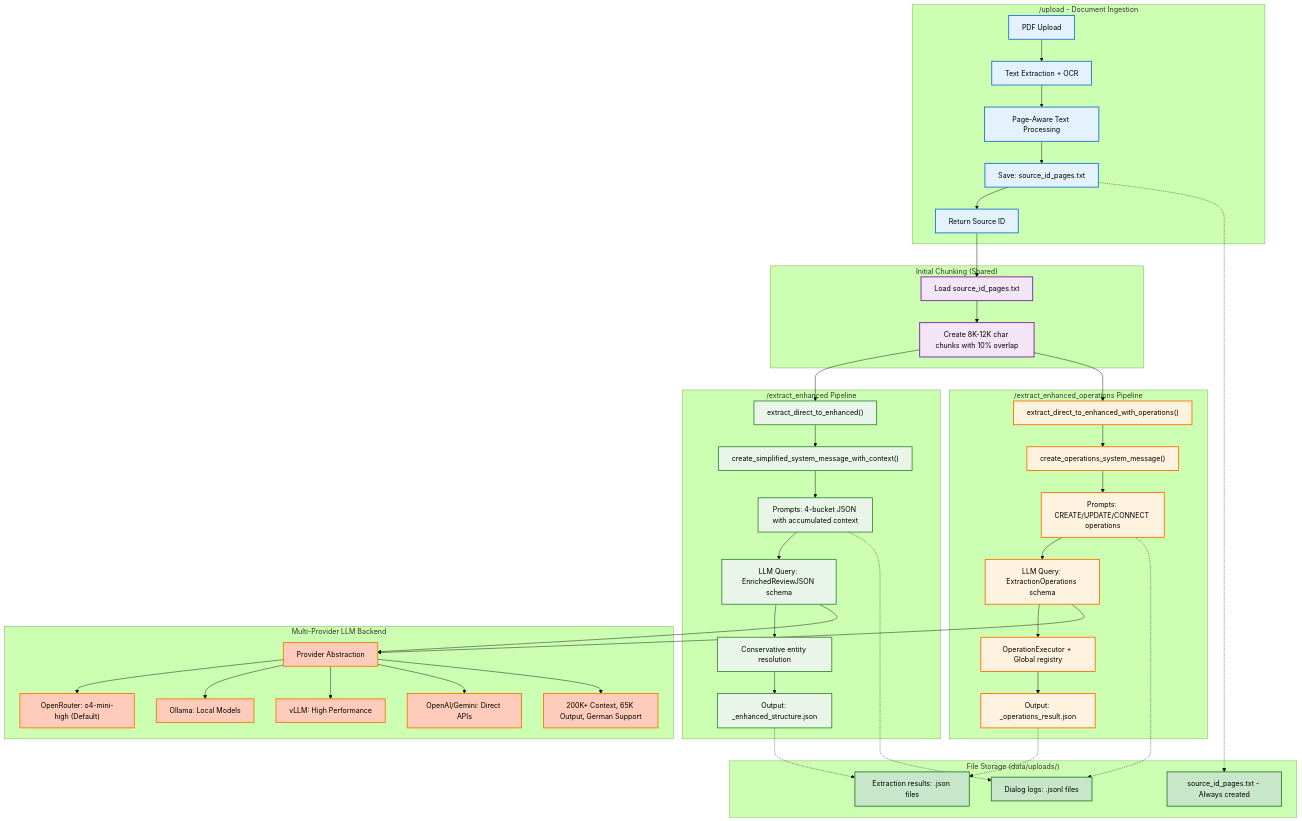
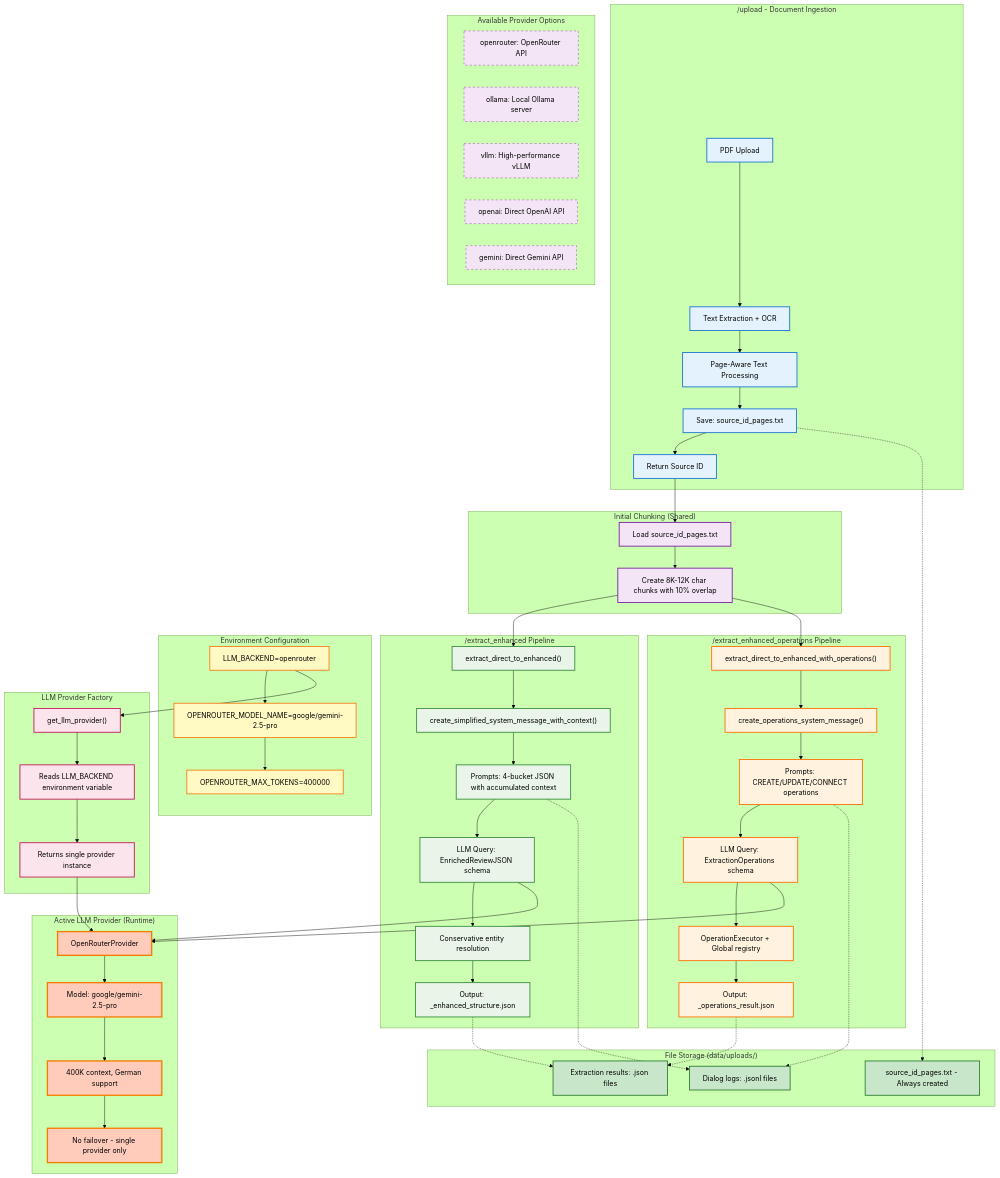
One commit to Uroljon/curate changed the diagram in docs/extraction_pipeline.mmd. Above: the diagram before and after it, drawn with Mermaid (forest theme).

Commit message:
docs: update LLM provider architecture in extraction pipeline diagram
- Replace misleading 'Provider Abstraction' with actual implementation
- Show configuration-based single provider selection via LLM_BACKEND
- Add Environment Configuration layer showing actual .env settings
- Add LLM Provider Factory showing get_llm_provider() function
- Show Active LLM Provider with current runtime config (OpenRouter + Gemini 2.5 Pro)
- Add Available Provider Options as configuration choices (dashed lines)
- Update connections to show config → factory → active provider flow
- Emphasize single provider reality with no failover capabilities

```diff
--- a/docs/extraction_pipeline.mmd
+++ b/docs/extraction_pipeline.mmd
@@ -1,107 +1,143 @@
 flowchart TD
     %% Upload Endpoint (Entry Point)
     subgraph Upload["/upload - Document Ingestion"]
         A["PDF Upload"]
         B["Text Extraction + OCR"]
         C["Page-Aware Text Processing"]
         D["Save: source_id_pages.txt"]
         E["Return Source ID"]
         
         A --> B
         B --> C
         C --> D
         D --> E
     end
 
     %% Initial Chunking (Only Truly Shared Step)
     subgraph InitialChunk["Initial Chunking (Shared)"]
         F["Load source_id_pages.txt"]
         G["Create 8K-12K char chunks with 10% overlap"]
         
         F --> G
     end
 
     %% Enhanced Extraction Pipeline
     subgraph Enhanced["/extract_enhanced Pipeline"]
         H1["extract_direct_to_enhanced()"]
         I1["create_simplified_system_message_with_context()"]
         J1["Prompts: 4-bucket JSON with accumulated context"]
         K1["LLM Query: EnrichedReviewJSON schema"]
         L1["Conservative entity resolution"]
         M1["Output: _enhanced_structure.json"]
         
         H1 --> I1
         I1 --> J1
         J1 --> K1
         K1 --> L1
         L1 --> M1
     end
 
     %% Operations Extraction Pipeline
     subgraph Operations["/extract_enhanced_operations Pipeline"]
         H2["extract_direct_to_enhanced_with_operations()"]
         I2["create_operations_system_message()"]
         J2["Prompts: CREATE/UPDATE/CONNECT operations"]
         K2["LLM Query: ExtractionOperations schema"]
         L2["OperationExecutor + Global registry"]
         M2["Output: _operations_result.json"]
         
         H2 --> I2
         I2 --> J2
         J2 --> K2
         K2 --> L2
         L2 --> M2
     end
 
-    %% LLM Backend (Shared Infrastructure)
-    subgraph LLM["Multi-Provider LLM Backend"]
-        LLM1["Provider Abstraction"]
-        LLM2["OpenRouter: o4-mini-high (Default)"]
-        LLM3["Ollama: Local Models"]
-        LLM4["vLLM: High Performance"]
-        LLM5["OpenAI/Gemini: Direct APIs"]
-        LLM6["200K+ Context, 65K Output, German Support"]
+    %% Configuration Layer
+    subgraph Config["Environment Configuration"]
+        CFG1["LLM_BACKEND=openrouter"]
+        CFG2["OPENROUTER_MODEL_NAME=google/gemini-2.5-pro"]
+        CFG3["OPENROUTER_MAX_TOKENS=400000"]
         
-        LLM1 --> LLM2
-        LLM1 --> LLM3
-        LLM1 --> LLM4
-        LLM1 --> LLM5
-        LLM1 --> LLM6
+        CFG1 --> CFG2
+        CFG2 --> CFG3
+    end
+
+    %% LLM Provider Factory
+    subgraph Factory["LLM Provider Factory"]
+        FACT1["get_llm_provider()"]
+        FACT2["Reads LLM_BACKEND environment variable"]
+        FACT3["Returns single provider instance"]
+        
+        FACT1 --> FACT2
+        FACT2 --> FACT3
+    end
+
+    %% Active Provider (Single Selection)
+    subgraph ActiveLLM["Active LLM Provider (Runtime)"]
+        ACTIVE1["OpenRouterProvider"]
+        ACTIVE2["Model: google/gemini-2.5-pro"]
+        ACTIVE3["400K context, German support"]
+        ACTIVE4["No failover - single provider only"]
+        
+        ACTIVE1 --> ACTIVE2
+        ACTIVE2 --> ACTIVE3
+        ACTIVE3 --> ACTIVE4
+    end
+
+    %% Available Providers (Configuration Options)
+    subgraph AvailableProviders["Available Provider Options"]
+        PROV1["openrouter: OpenRouter API"]
+        PROV2["ollama: Local Ollama server"]
+        PROV3["vllm: High-performance vLLM"]
+        PROV4["openai: Direct OpenAI API"]
+        PROV5["gemini: Direct Gemini API"]
     end
 
     %% File Storage
     subgraph Storage["File Storage (data/uploads/)"]
         N["source_id_pages.txt - Always created"]
         O["Dialog logs: .jsonl files"]
         P["Extraction results: .json files"]
     end
 
     %% Main Flow Connections
     E --> F
     G --> H1
     G --> H2
     
-    K1 --> LLM1
-    K2 --> LLM1
+    %% LLM Configuration Flow
+    CFG1 --> FACT1
+    FACT3 --> ACTIVE1
+    
+    %% Extraction to LLM Provider
+    K1 --> ACTIVE1
+    K2 --> ACTIVE1
     
     %% File Storage Connections (dotted lines)
     D -.-> N
     M1 -.-> P
     M2 -.-> P
     J1 -.-> O
     J2 -.-> O
 
     %% Styling
     classDef upload fill:#e3f2fd,stroke:#1976d2,stroke-width:2px
     classDef shared fill:#f3e5f5,stroke:#7b1fa2,stroke-width:2px
     classDef enhanced fill:#e8f5e8,stroke:#388e3c,stroke-width:2px
     classDef operations fill:#fff3e0,stroke:#ff6f00,stroke-width:2px
-    classDef llm fill:#ffccbc,stroke:#f57c00,stroke-width:2px
+    classDef config fill:#fff9c4,stroke:#f57f17,stroke-width:2px
+    classDef factory fill:#fce4ec,stroke:#c2185b,stroke-width:2px
+    classDef activeLLM fill:#ffccbc,stroke:#f57c00,stroke-width:3px
+    classDef availableProviders fill:#f3e5f5,stroke:#9c27b0,stroke-width:1px,stroke-dasharray: 5 5
     classDef storage fill:#c8e6c9,stroke:#2e7d32,stroke-width:2px
 
     class A,B,C,D,E upload
     class F,G shared
     class H1,I1,J1,K1,L1,M1 enhanced
     class H2,I2,J2,K2,L2,M2 operations
-    class LLM1,LLM2,LLM3,LLM4,LLM5,LLM6 llm
+    class CFG1,CFG2,CFG3 config
+    class FACT1,FACT2,FACT3 factory
+    class ACTIVE1,ACTIVE2,ACTIVE3,ACTIVE4 activeLLM
+    class PROV1,PROV2,PROV3,PROV4,PROV5 availableProviders
     class N,O,P storage
```
